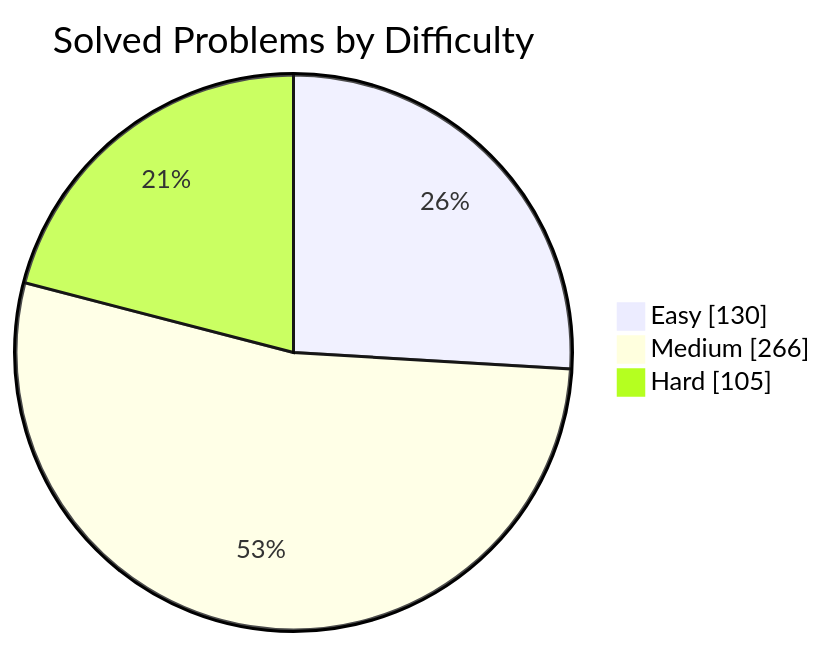
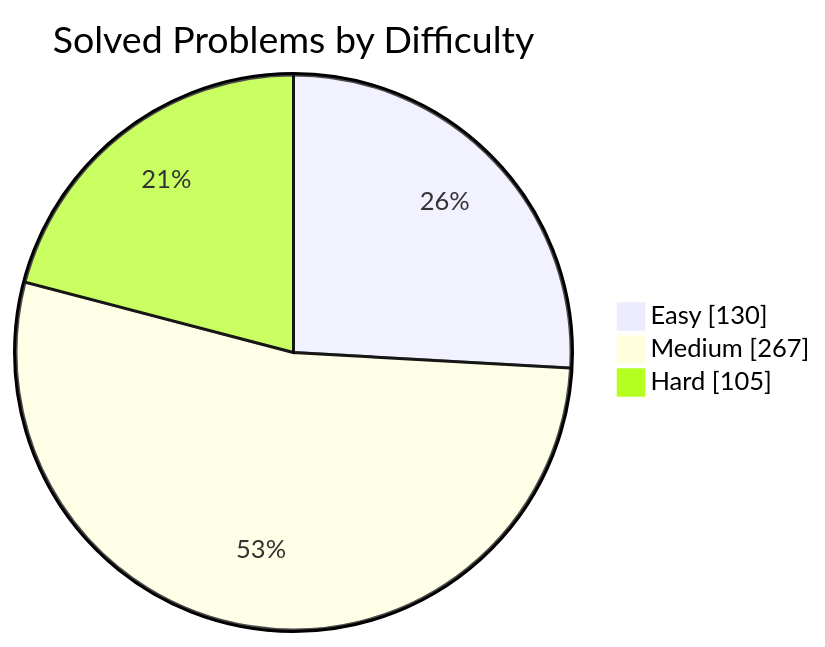
One commit to manikantbindass/DSA-Preparation-FAANG changed the first of 2 diagrams in README.md. Above: the diagram before and after it, drawn with Mermaid. The commit also changed other lines of this file and 1 other file, not shown here.

````diff
--- a/README.md
+++ b/README.md
@@ -79,7 +79,7 @@
 ```mermaid
 pie showData
     title Solved Problems by Difficulty
     "Easy" : 130
-    "Medium" : 266
+    "Medium" : 267
     "Hard" : 105
 ```
````
